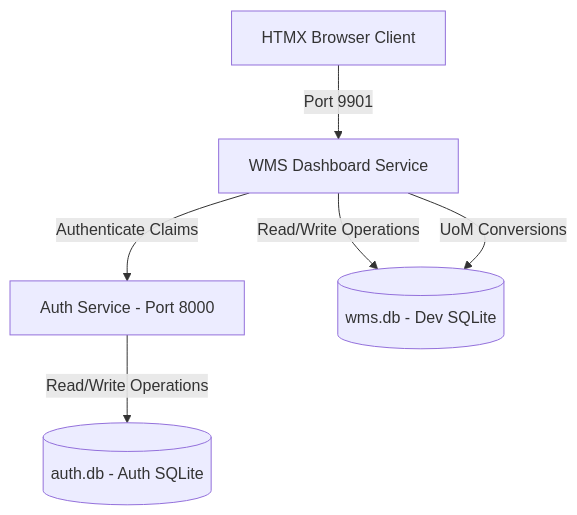
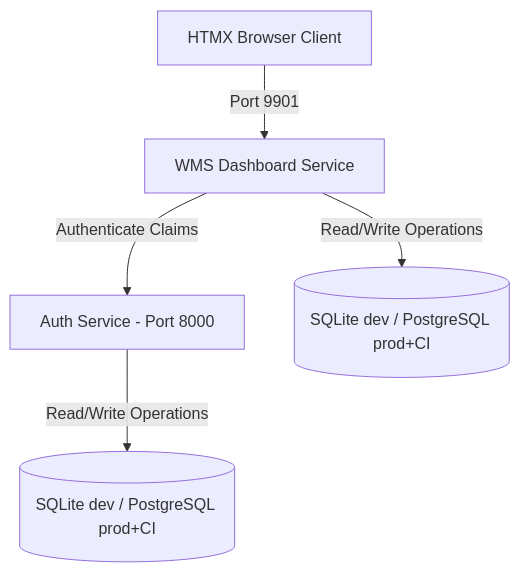
The diagram in AGENT.md (novianr90/omnisync_wms), drawn with Mermaid before and after one commit. The commit also changed other lines of this file and 41 other files, not shown here.

First line of the commit message:
fix: audit and fix SQL migrations for PostgreSQL/Supabase compatibility (#60)

````diff
--- a/AGENT.md
+++ b/AGENT.md
@@ -11,8 +11,7 @@
 ```mermaid
 graph TD
     Client[HTMX Browser Client] -->|Port 9901| Dashboard[WMS Dashboard Service]
     Dashboard -->|Authenticate Claims| AuthService[Auth Service - Port 8000]
-    Dashboard -->|Read/Write Operations| WMSDB[(wms.db - Dev SQLite)]
-    Dashboard -->|UoM Conversions| WMSDB
-    AuthService -->|Read/Write Operations| AuthDB[(auth.db - Auth SQLite)]
+    Dashboard -->|Read/Write Operations| WMSDB[(SQLite dev / PostgreSQL prod+CI)]
+    AuthService -->|Read/Write Operations| AuthDB[(SQLite dev / PostgreSQL prod+CI)]
 ```
````
